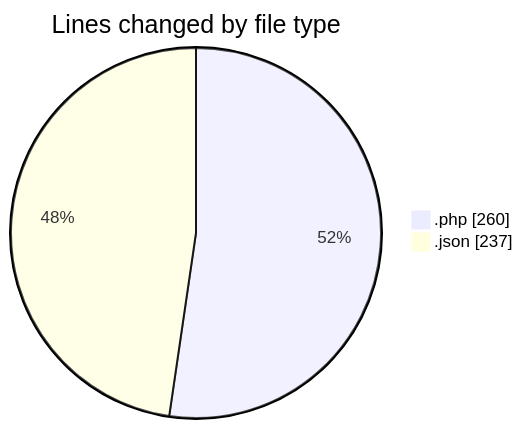
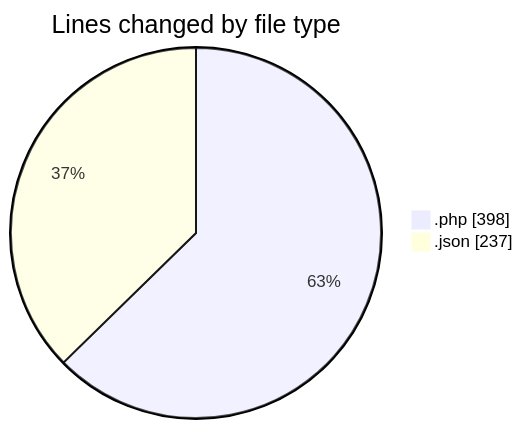
One commit to idhammustaqopulfikri/code-tracking changed the first of 2 diagrams in 2025-06-17/studio-backend/README.md. Above: the diagram before and after it, drawn with Mermaid. The commit also changed other lines of this file and 1 other file, not shown here.

````diff
--- a/2025-06-17/studio-backend/README.md
+++ b/2025-06-17/studio-backend/README.md
@@ -21,6 +21,6 @@
 ```mermaid
 pie showData
 title Lines changed by file type
-".php" : 260
+".php" : 398
 ".json" : 237
 ```
````
